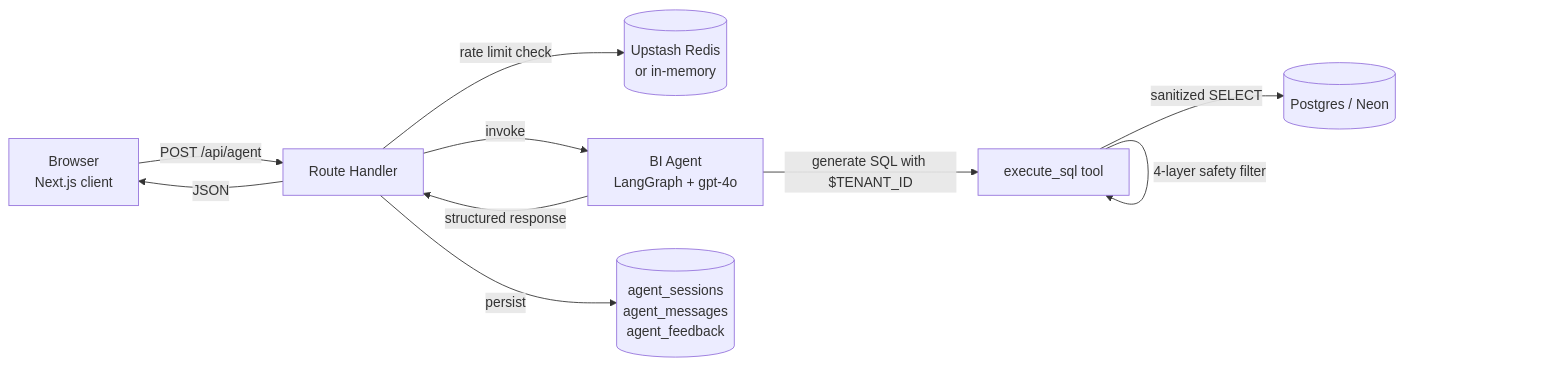
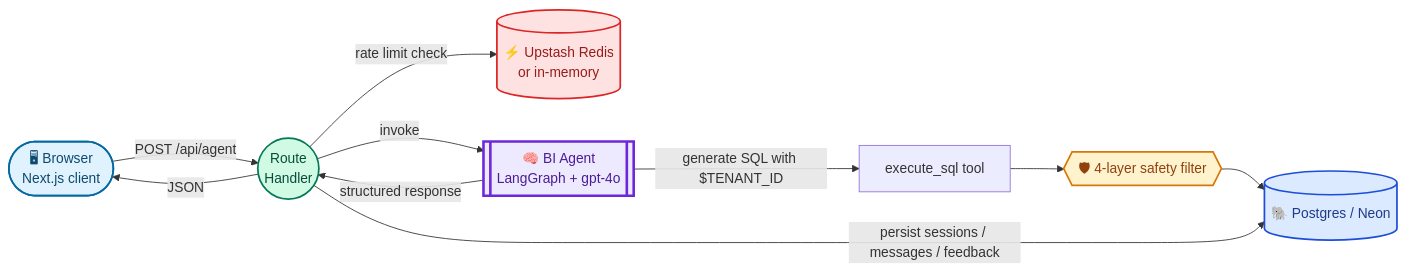
One commit to sw00z/analytics-agent-demo changed the diagram in README.md. Above: the diagram before and after it, drawn with Mermaid. The commit also changed other lines of this file, not shown here.

Commit message:
chore: README mermaid flowchart updated

````diff
--- a/README.md
+++ b/README.md
@@ -27,12 +27,26 @@
 ```mermaid
 flowchart LR
-    Browser[Browser<br/>Next.js client] -->|POST /api/agent| Route[Route Handler]
-    Route -->|rate limit check| RL[(Upstash Redis<br/>or in-memory)]
-    Route -->|invoke| Agent[BI Agent<br/>LangGraph + gpt-4o]
+    Browser([🖥 Browser<br/>Next.js client]) -->|POST /api/agent| Route((Route</br>Handler))
+    Route -->|rate limit check| RL[("⚡ Upstash Redis<br/>or in-memory")]
+    Route -->|invoke| Agent[["🧠 BI Agent<br/>LangGraph + gpt-4o"]]
     Agent -->|generate SQL with $TENANT_ID| Tool[execute_sql tool]
-    Tool -->|4-layer safety filter| Tool
-    Tool -->|sanitized SELECT| DB[(Postgres / Neon)]
+    Tool --> Filter{{"🛡 4-layer safety filter"}}
+    Filter --> DB[("🐘 Postgres / Neon")]
     Agent -->|structured response| Route
-    Route -->|persist| Persistence[(agent_sessions<br/>agent_messages<br/>agent_feedback)]
+    Route -->|persist sessions / messages / feedback| DB
     Route -->|JSON| Browser
+
+    classDef browser  fill:#e0f2fe,stroke:#0369a1,stroke-width:2px,color:#0c4a6e;
+    classDef route    fill:#d1fae5,stroke:#047857,stroke-width:2px,color:#064e3b;
+    classDef agent    fill:#ede9fe,stroke:#6d28d9,stroke-width:3px,color:#4c1d95;
+    classDef redis    fill:#fee2e2,stroke:#dc2626,stroke-width:2px,color:#991b1b;
+    classDef postgres fill:#dbeafe,stroke:#1d4ed8,stroke-width:2px,color:#1e3a8a;
+    classDef filter   fill:#fff3cd,stroke:#d97706,stroke-width:2px,color:#92400e;
+
+    class Browser browser;
+    class Route route;
+    class Agent agent;
+    class RL redis;
+    class DB postgres;
+    class Filter filter;
 ```
````
